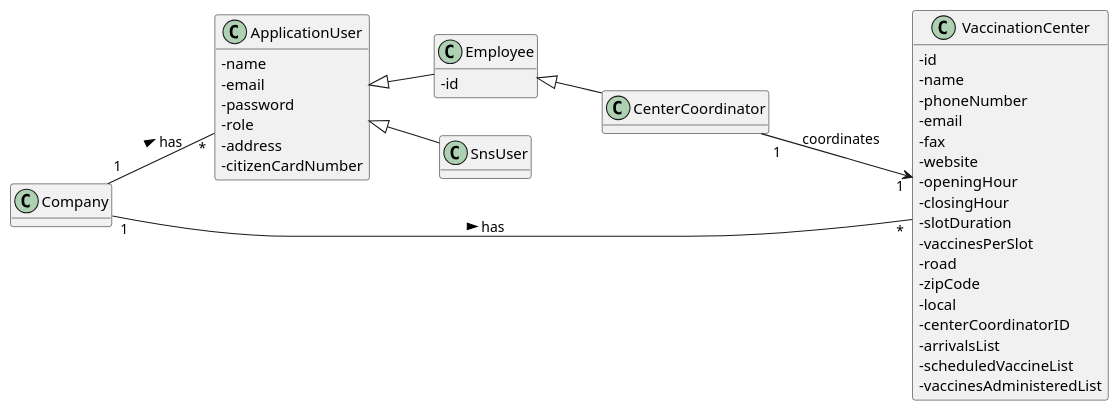
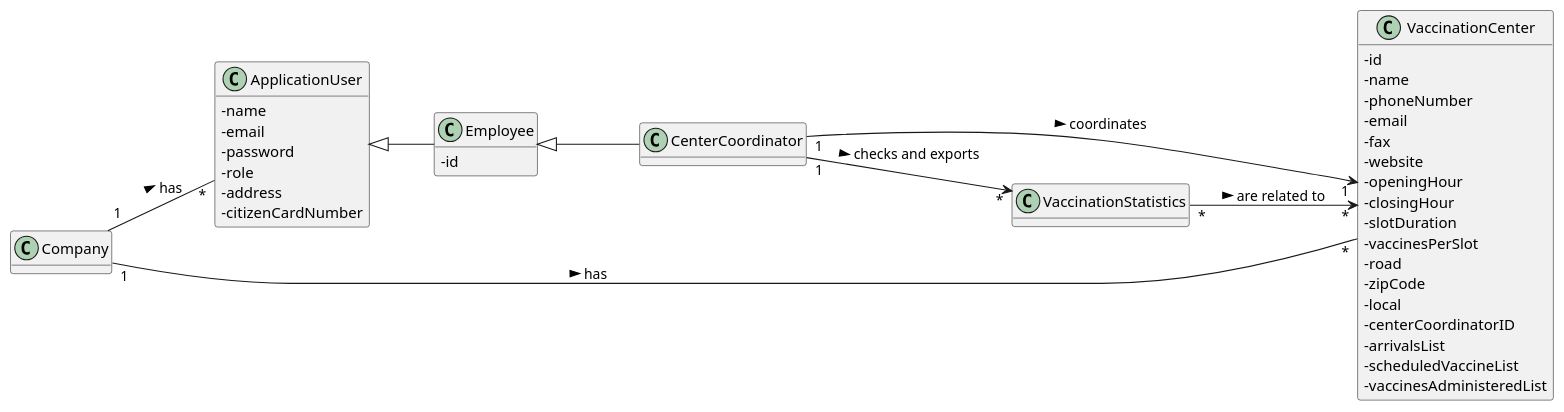
One commit to Pirussa/lei-22-s2-1da-g02 changed the diagram in docs/SprintD/US015/US015_MD.puml. Above: the diagram before and after it, drawn with PlantUML. The commit also changed 2 other files, not shown here.

```diff
--- a/docs/SprintD/US015/US015_MD.puml
+++ b/docs/SprintD/US015/US015_MD.puml
@@ -1,58 +1,61 @@
   @startuml
 
 hide methods
 left to right direction
 skinparam classAttributeIconSize 0
 
 
 class CenterCoordinator
 
 class Employee {
 -id
 }
 
 class ApplicationUser {
     -name
     -email
     -password
     -role
     -address
     -citizenCardNumber
 }
 
 class VaccinationCenter {
 -id
 -name
 -phoneNumber
 -email
 -fax
 -website
 -openingHour
 -closingHour
 -slotDuration
 -vaccinesPerSlot
 -road
 -zipCode
 -local
 -centerCoordinatorID
 -arrivalsList
 -scheduledVaccineList
 -vaccinesAdministeredList
 }
 
+class VaccinationStatistics
+
+
 ApplicationUser <|-- Employee
 
 Employee <|-- CenterCoordinator
 'Ele exporta um ficheiro, represento de alguma forma ou chega dizer que ele exporta as stats?
 'Aqui devo pôr que coordena ou checks and exports vaccination statistics, uma vez que é o que ele faz na US
-CenterCoordinator "1" --> "1" VaccinationCenter : coordinates
+CenterCoordinator "1" --> "1" VaccinationCenter : coordinates >
 
-
-ApplicationUser  <|-- SnsUser
-
+CenterCoordinator "1" --> "*" VaccinationStatistics : checks and exports >
 
 Company "1" -- "*" ApplicationUser : has >
 
 Company "1" -- "*" VaccinationCenter : has >
 
+VaccinationStatistics "*" --> "*" VaccinationCenter : are related to >
+
 @enduml
```
